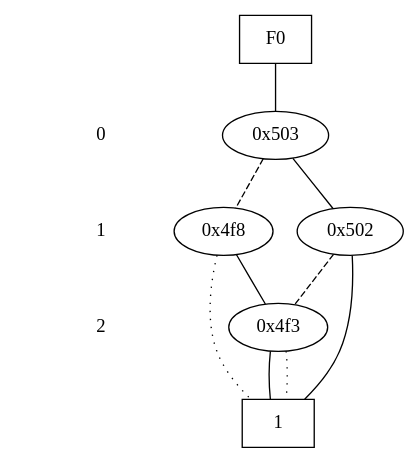
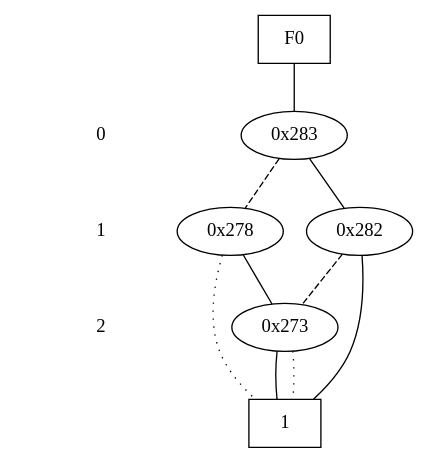
The diagram in cudd-3.0.0/hw5.dot (steefbrown/ece6740), drawn with Graphviz before and after one commit. The commit also changed 120 other files, not shown here.

```diff
--- a/cudd-3.0.0/hw5.dot
+++ b/cudd-3.0.0/hw5.dot
@@ -1,36 +1,36 @@
 digraph "DD" {
 size = "7.5,10"
 center = true;
 edge [dir = none];
 { node [shape = plaintext];
   edge [style = invis];
   "CONST NODES" [style = invis];
 " 0 " -> " 1 " -> " 2 " -> "CONST NODES"; 
 }
 { rank = same; node [shape = box]; edge [style = invis];
 "F0"; }
 { rank = same; " 0 ";
-"0x503";
+"0x283";
 }
 { rank = same; " 1 ";
-"0x4f8";
-"0x502";
+"0x278";
+"0x282";
 }
 { rank = same; " 2 ";
-"0x4f3";
+"0x273";
 }
 { rank = same; "CONST NODES";
-{ node [shape = box]; "0x4ed";
+{ node [shape = box]; "0x26d";
 }
 }
-"F0" -> "0x503" [style = solid];
-"0x503" -> "0x502";
-"0x503" -> "0x4f8" [style = dashed];
-"0x4f8" -> "0x4f3";
-"0x4f8" -> "0x4ed" [style = dotted];
-"0x502" -> "0x4ed";
-"0x502" -> "0x4f3" [style = dashed];
-"0x4f3" -> "0x4ed";
-"0x4f3" -> "0x4ed" [style = dotted];
-"0x4ed" [label = "1"];
+"F0" -> "0x283" [style = solid];
+"0x283" -> "0x282";
+"0x283" -> "0x278" [style = dashed];
+"0x278" -> "0x273";
+"0x278" -> "0x26d" [style = dotted];
+"0x282" -> "0x26d";
+"0x282" -> "0x273" [style = dashed];
+"0x273" -> "0x26d";
+"0x273" -> "0x26d" [style = dotted];
+"0x26d" [label = "1"];
 }
```
